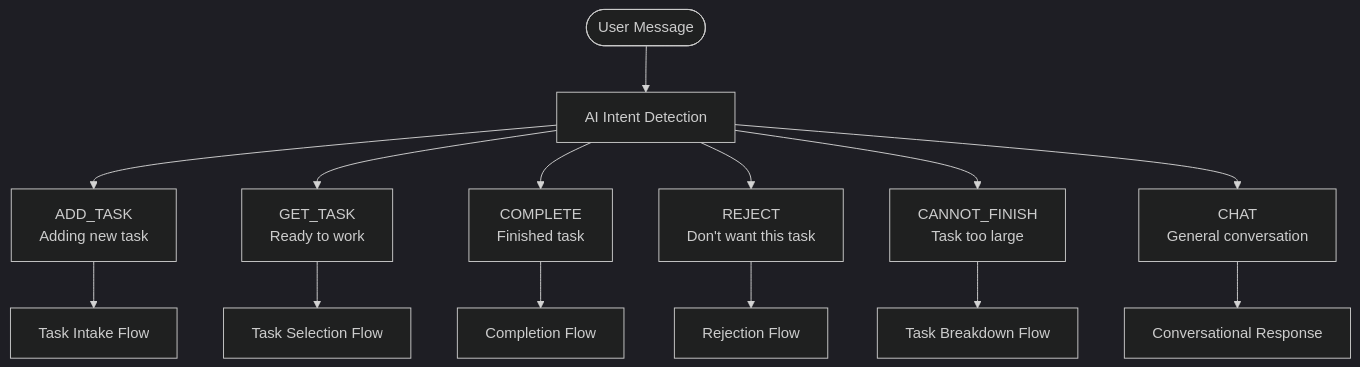
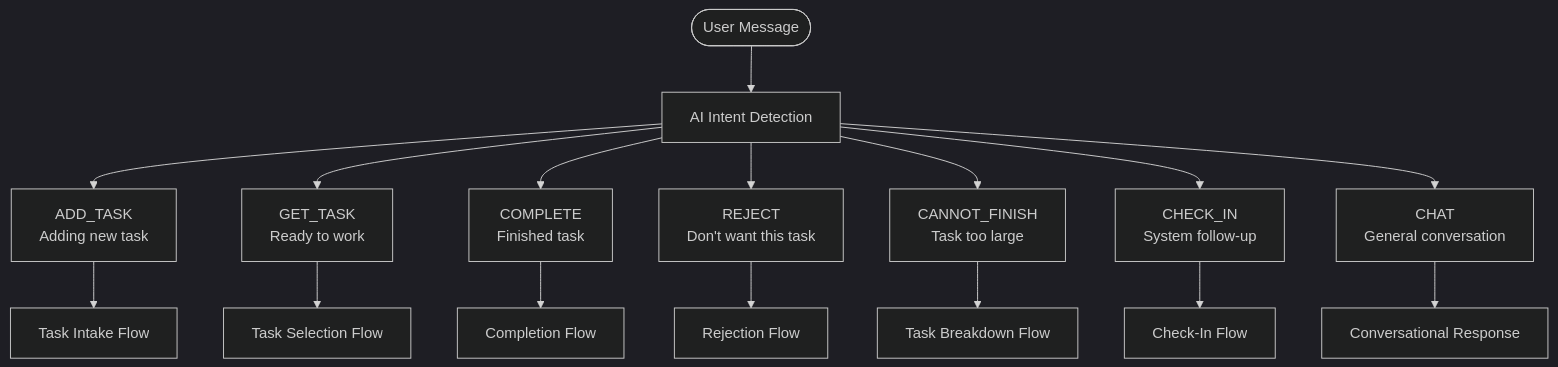
The first of 24 diagrams in docs/user-interactions.md (NickBorgers/hide-my-list), drawn with Mermaid (dark theme) before and after one commit. The commit also changed other lines of this file and 3 other files, not shown here.

First line of the commit message:
Add check-in follow-up feature documentation

````diff
--- a/docs/user-interactions.md
+++ b/docs/user-interactions.md
@@ -9,18 +9,20 @@
 ```mermaid
 flowchart TD
     Message([User Message]) --> Detect[AI Intent Detection]
 
     Detect --> AddTask["ADD_TASK<br/>Adding new task"]
     Detect --> GetTask["GET_TASK<br/>Ready to work"]
     Detect --> Complete["COMPLETE<br/>Finished task"]
     Detect --> Reject["REJECT<br/>Don't want this task"]
     Detect --> CannotFinish["CANNOT_FINISH<br/>Task too large"]
+    Detect --> CheckIn["CHECK_IN<br/>System follow-up"]
     Detect --> Chat["CHAT<br/>General conversation"]
 
     AddTask --> IntakeFlow[Task Intake Flow]
     GetTask --> SelectionFlow[Task Selection Flow]
     Complete --> CompletionFlow[Completion Flow]
     Reject --> RejectionFlow[Rejection Flow]
     CannotFinish --> BreakdownFlow[Task Breakdown Flow]
+    CheckIn --> CheckInFlow[Check-In Flow]
     Chat --> ChatResponse[Conversational Response]
 ```
````
